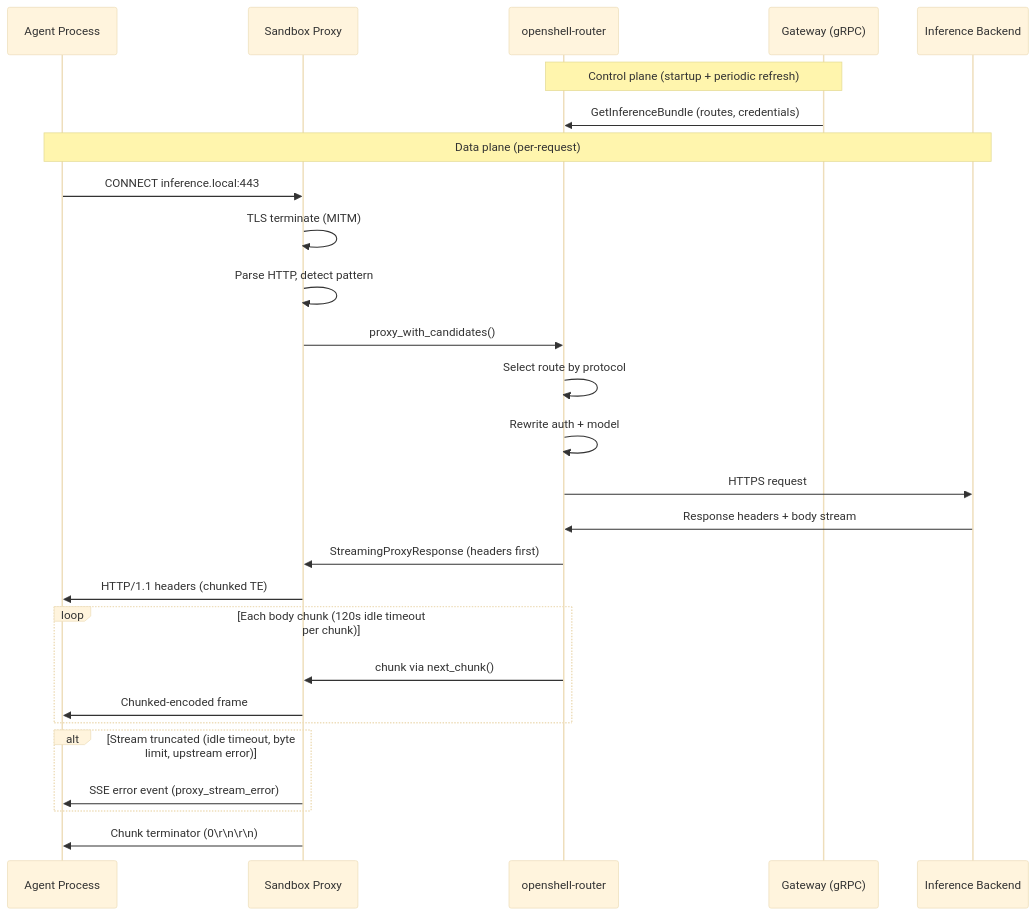
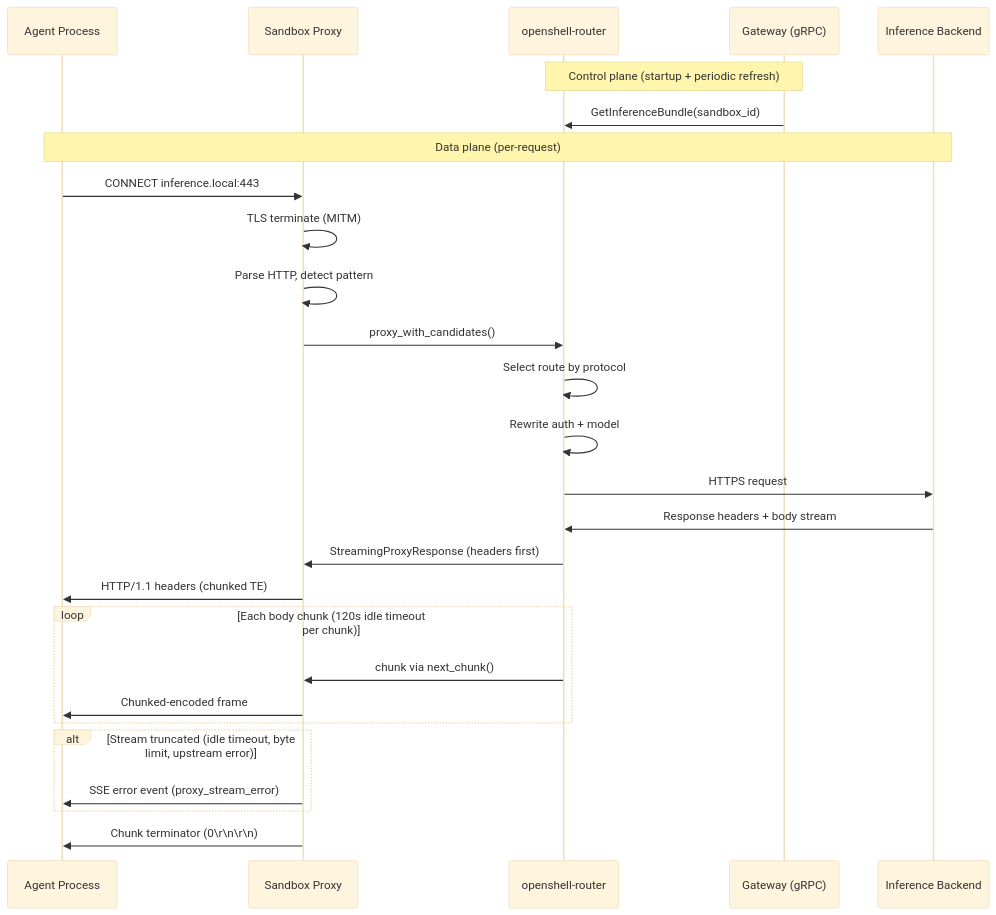
One commit to NVIDIA/OpenShell changed the diagram in architecture/inference-routing.md. Above: the diagram before and after it, drawn with Mermaid (base theme). The commit also changed other lines of this file and 21 other files, not shown here.

Commit message:
feat(inference): add per-sandbox gateway routes

````diff
--- a/architecture/inference-routing.md
+++ b/architecture/inference-routing.md
@@ -9,31 +9,31 @@
 ```mermaid
 sequenceDiagram
     participant Agent as Agent Process
     participant Proxy as Sandbox Proxy
     participant Router as openshell-router
     participant Gateway as Gateway (gRPC)
     participant Backend as Inference Backend
 
     Note over Gateway,Router: Control plane (startup + periodic refresh)
-    Gateway->>Router: GetInferenceBundle (routes, credentials)
+    Gateway->>Router: GetInferenceBundle(sandbox_id)
 
     Note over Agent,Backend: Data plane (per-request)
     Agent->>Proxy: CONNECT inference.local:443
     Proxy->>Proxy: TLS terminate (MITM)
     Proxy->>Proxy: Parse HTTP, detect pattern
     Proxy->>Router: proxy_with_candidates()
     Router->>Router: Select route by protocol
     Router->>Router: Rewrite auth + model
     Router->>Backend: HTTPS request
     Backend->>Router: Response headers + body stream
     Router->>Proxy: StreamingProxyResponse (headers first)
     Proxy->>Agent: HTTP/1.1 headers (chunked TE)
     loop Each body chunk (120s idle timeout per chunk)
         Router->>Proxy: chunk via next_chunk()
         Proxy->>Agent: Chunked-encoded frame
     end
     alt Stream truncated (idle timeout, byte limit, upstream error)
         Proxy->>Agent: SSE error event (proxy_stream_error)
     end
     Proxy->>Agent: Chunk terminator (0\r\n\r\n)
 ```
````
